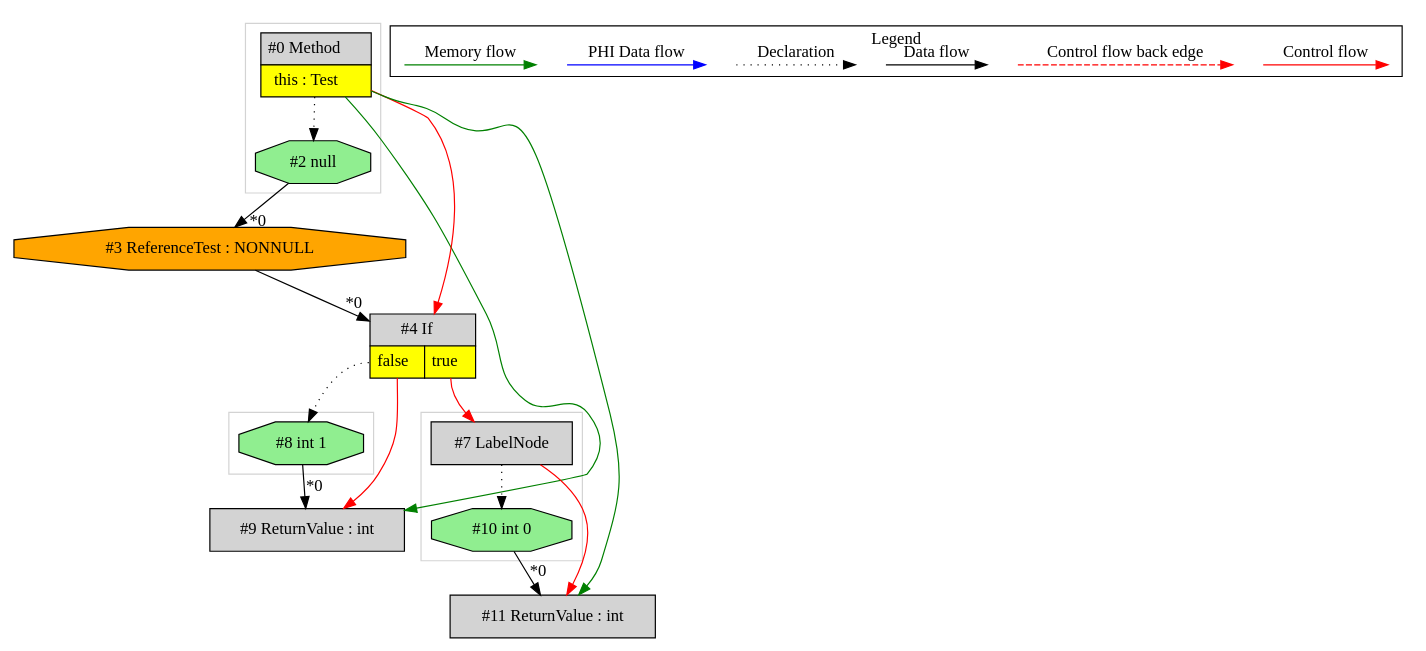
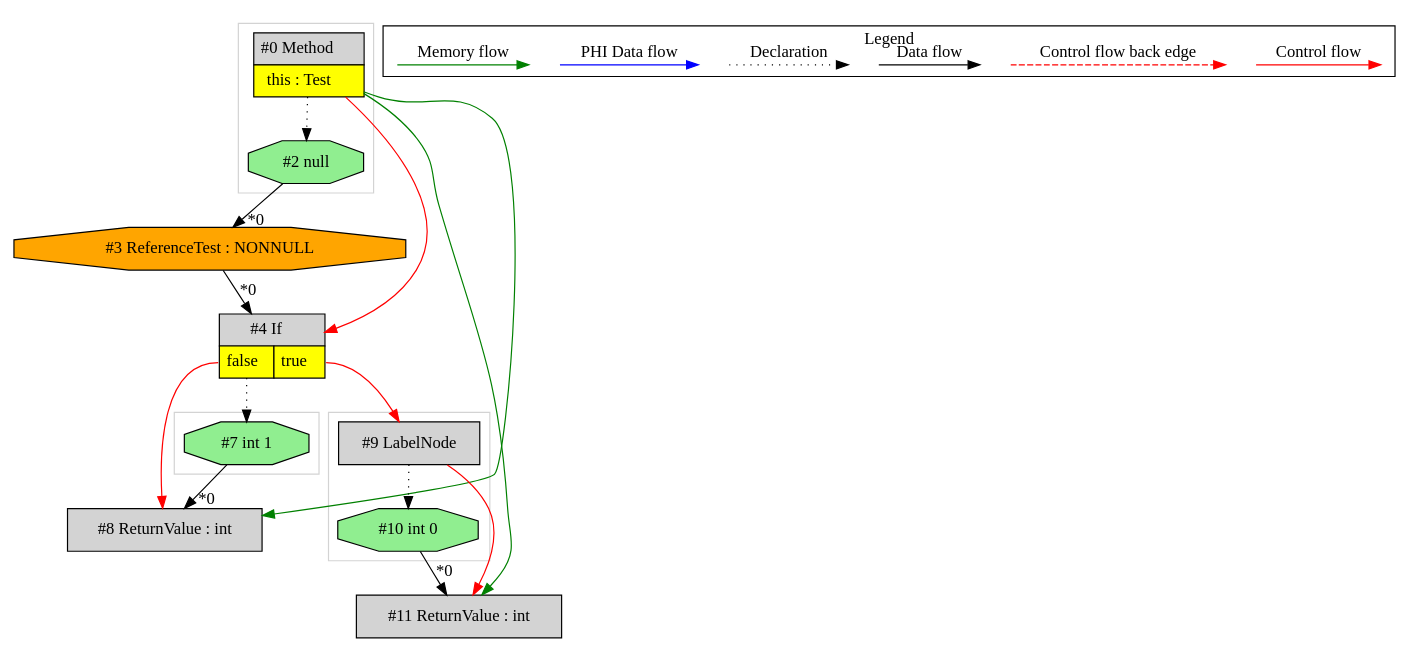
Before and after one commit to mirkosertic/MetaIR: the diagram in de.mirkosertic.metair.ir.OpcodeIFNONNULLTest/test_IFNONNULL/ir.dot, drawn with Graphviz. The commit also changed 569 other files, not shown here.

```diff
--- a/de.mirkosertic.metair.ir.OpcodeIFNONNULLTest/test_IFNONNULL/ir.dot
+++ b/de.mirkosertic.metair.ir.OpcodeIFNONNULLTest/test_IFNONNULL/ir.dot
@@ -1,65 +1,65 @@
 digraph {
  ordering="in";
  node0[margin="0", label=<<table border="0" cellborder="1" cellspacing="0" cellpadding="5"><tr><td colspan="1">#0 Method</td></tr><tr><td port="prj1" bgcolor="yellow">this : Test</td></tr></table>>,shape=none, fillcolor=lightgrey, style=filled];
- node9[label="#9 ReturnValue : int",shape=box, fillcolor=lightgrey, style=filled];
- node8 -> node9[headlabel="*0", labeldistance=2];
- node4:prj6 -> node9[labeldistance=2, color=red, fontcolor=red];
- node0 -> node9[labeldistance=2, color=green, constraint=false];
- node4[margin="0", label=<<table border="0" cellborder="1" cellspacing="0" cellpadding="5"><tr><td colspan="2">#4 If</td></tr><tr><td port="prj6" bgcolor="yellow">false</td><td port="prj5" bgcolor="yellow">true</td></tr></table>>,shape=none, fillcolor=lightgrey, style=filled];
+ node2[label="#2 null",shape=octagon, fillcolor=lightgreen, style=filled];
+ node0 -> node2[style=dotted];
+ node3[label="#3 ReferenceTest : NONNULL",shape=octagon, fillcolor=orange, style=filled];
+ node2 -> node3[headlabel="*0", labeldistance=2];
+ node4[margin="0", label=<<table border="0" cellborder="1" cellspacing="0" cellpadding="5"><tr><td colspan="2">#4 If</td></tr><tr><td port="prj5" bgcolor="yellow">false</td><td port="prj6" bgcolor="yellow">true</td></tr></table>>,shape=none, fillcolor=lightgrey, style=filled];
  node3 -> node4[headlabel="*0", labeldistance=2];
  node0 -> node4[labeldistance=2, color=red, fontcolor=red];
- node3[label="#3 ReferenceTest : NONNULL",shape=octagon, fillcolor=orange, style=filled];
- node2 -> node3[headlabel="*0", labeldistance=2];
- node2[label="#2 null",shape=octagon, fillcolor=lightgreen, style=filled];
- node0 -> node2[style=dotted];
- node7[label="#7 LabelNode",shape=box, fillcolor=lightgrey, style=filled];
- node4:prj5 -> node7[labeldistance=2, color=red, fontcolor=red];
+ node9[label="#9 LabelNode",shape=box, fillcolor=lightgrey, style=filled];
+ node4:prj6 -> node9[labeldistance=2, color=red, fontcolor=red];
  node10[label="#10 int 0",shape=octagon, fillcolor=lightgreen, style=filled];
- node7 -> node10[style=dotted];
+ node9 -> node10[style=dotted];
  node11[label="#11 ReturnValue : int",shape=box, fillcolor=lightgrey, style=filled];
  node10 -> node11[headlabel="*0", labeldistance=2];
- node7 -> node11[labeldistance=2, color=red, fontcolor=red];
+ node9 -> node11[labeldistance=2, color=red, fontcolor=red];
  node0 -> node11[labeldistance=2, color=green, constraint=false];
- node8[label="#8 int 1",shape=octagon, fillcolor=lightgreen, style=filled];
- node4:prj6 -> node8[style=dotted];
+ node8[label="#8 ReturnValue : int",shape=box, fillcolor=lightgrey, style=filled];
+ node7 -> node8[headlabel="*0", labeldistance=2];
+ node4:prj5 -> node8[labeldistance=2, color=red, fontcolor=red];
+ node0 -> node8[labeldistance=2, color=green, constraint=false];
+ node7[label="#7 int 1",shape=octagon, fillcolor=lightgreen, style=filled];
+ node4:prj5 -> node7[style=dotted];
  subgraph cluster_0 {
   color=lightgray;
-  node8;
+  node7;
  }
  subgraph cluster_1 {
   color=lightgray;
-  node7;
-  node10;
+  node0;
+  node2;
  }
  subgraph cluster_2 {
   color=lightgray;
-  node0;
-  node2;
+  node9;
+  node10;
  }
  subgraph cluster_000 {
   label = "Legend";
   node [shape=point]
   {
    rank=same;
    c0 [style = invis];
    c1 [style = invis];
    c2 [style = invis];
    c3 [style = invis];
    d0 [style = invis];
    d1 [style = invis];
    d2 [style = invis];
    d3 [style = invis];
    d4 [style = invis];
    d5 [style = invis];
    d6 [style = invis];
    d7 [style = invis];
   }
   c0 -> c1 [label="Control flow", style=solid, color=red]
   c2 -> c3 [label="Control flow back edge", style=dashed, color=red]
   d0 -> d1 [label="Data flow"]
   d2 -> d3 [label="Declaration", style=dotted]
   d4 -> d5 [label="PHI Data flow", color=blue]
   d6 -> d7 [label="Memory flow", color=green]
  }
 
 }
```
